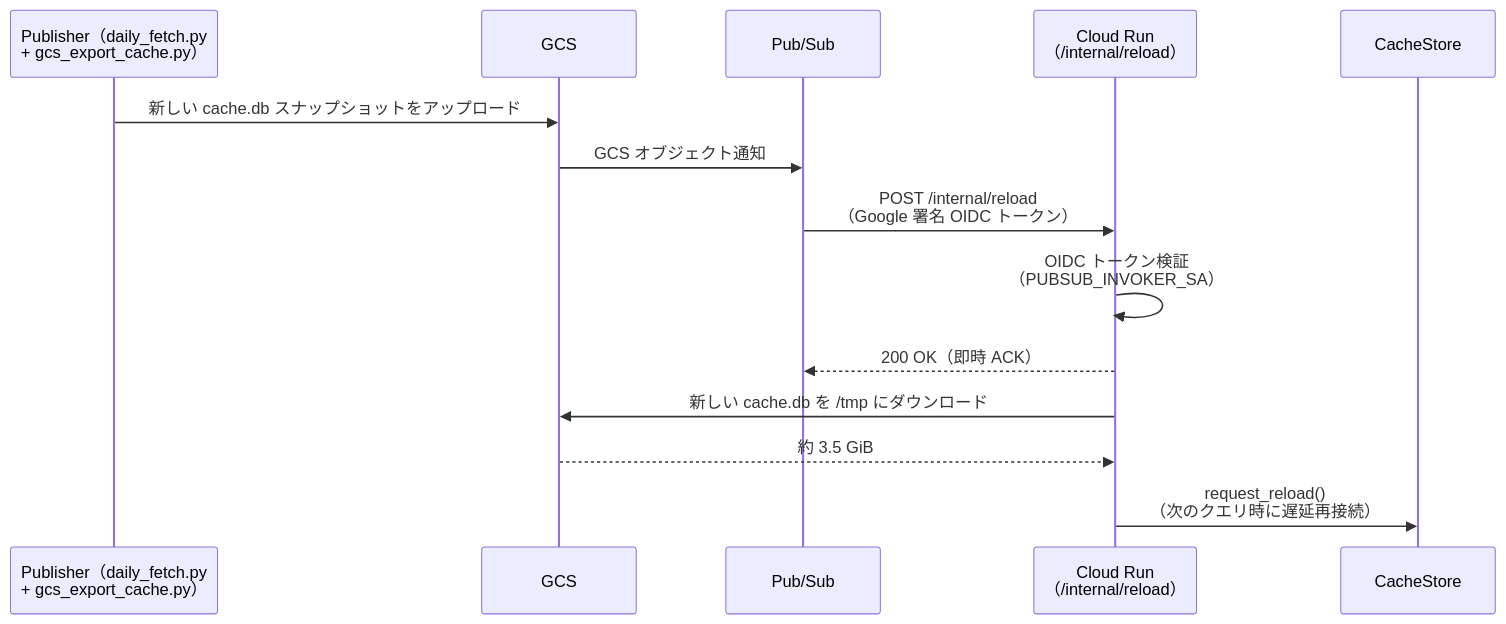
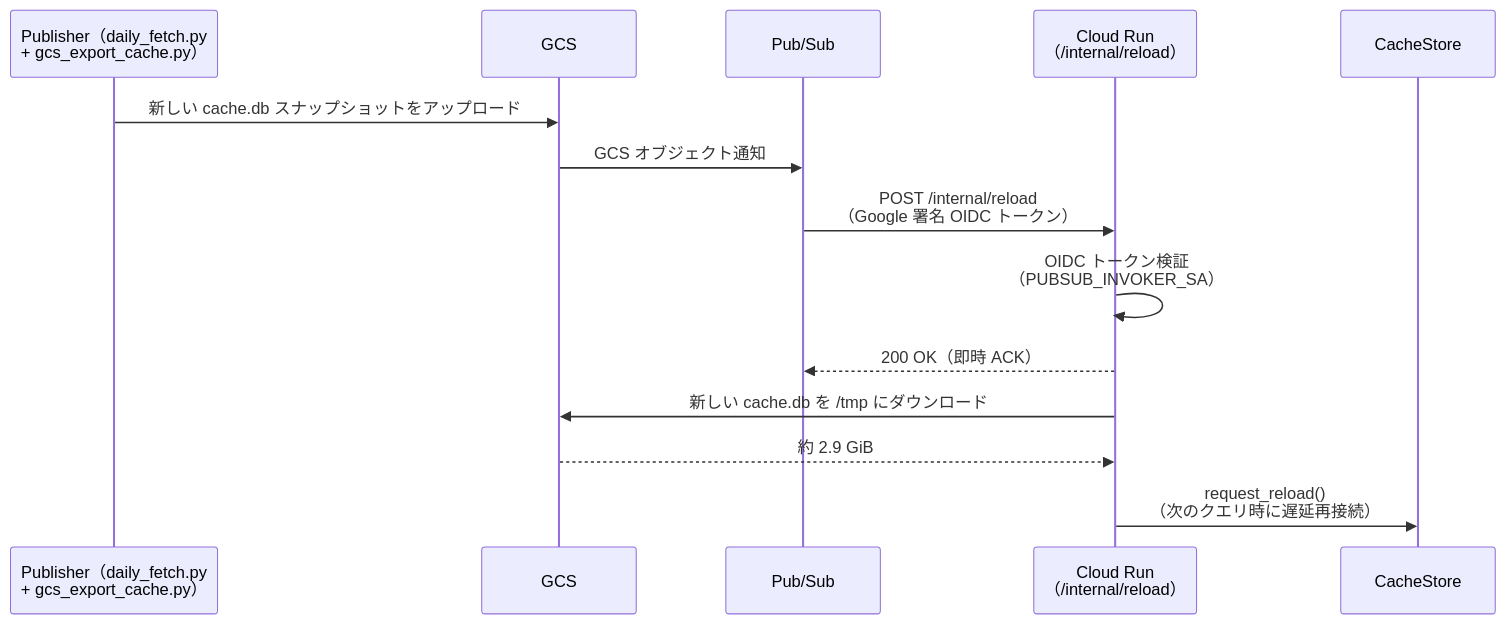
Before and after one commit to shigechika/jquants-mcp: the third of 4 diagrams in README.ja.md, drawn with Mermaid. The commit also changed other lines of this file and 1 other file, not shown here.

````diff
--- a/README.ja.md
+++ b/README.ja.md
@@ -817,17 +817,17 @@
 ```mermaid
 sequenceDiagram
     participant P as Publisher（daily_fetch.py<br/>+ gcs_export_cache.py）
     participant G as GCS
     participant PS as Pub/Sub
     participant CR as Cloud Run<br/>（/internal/reload）
     participant C as CacheStore
 
     P->>G: 新しい cache.db スナップショットをアップロード
     G->>PS: GCS オブジェクト通知
     PS->>CR: POST /internal/reload<br/>（Google 署名 OIDC トークン）
     CR->>CR: OIDC トークン検証<br/>（PUBSUB_INVOKER_SA）
     CR-->>PS: 200 OK（即時 ACK）
     CR->>G: 新しい cache.db を /tmp にダウンロード
-    G-->>CR: 約 3.5 GiB
+    G-->>CR: 約 2.9 GiB
     CR->>C: request_reload()<br/>（次のクエリ時に遅延再接続）
 ```
````
